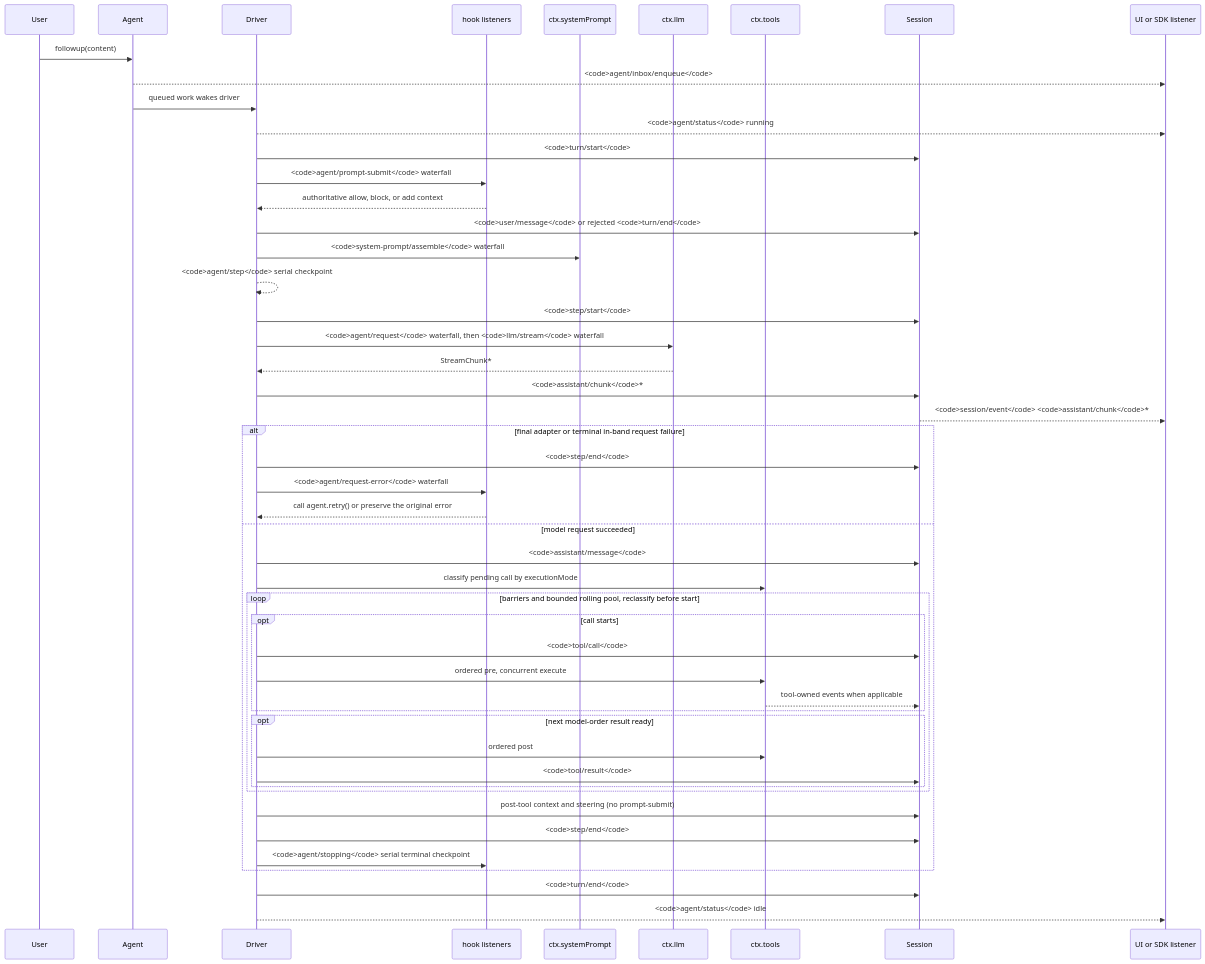
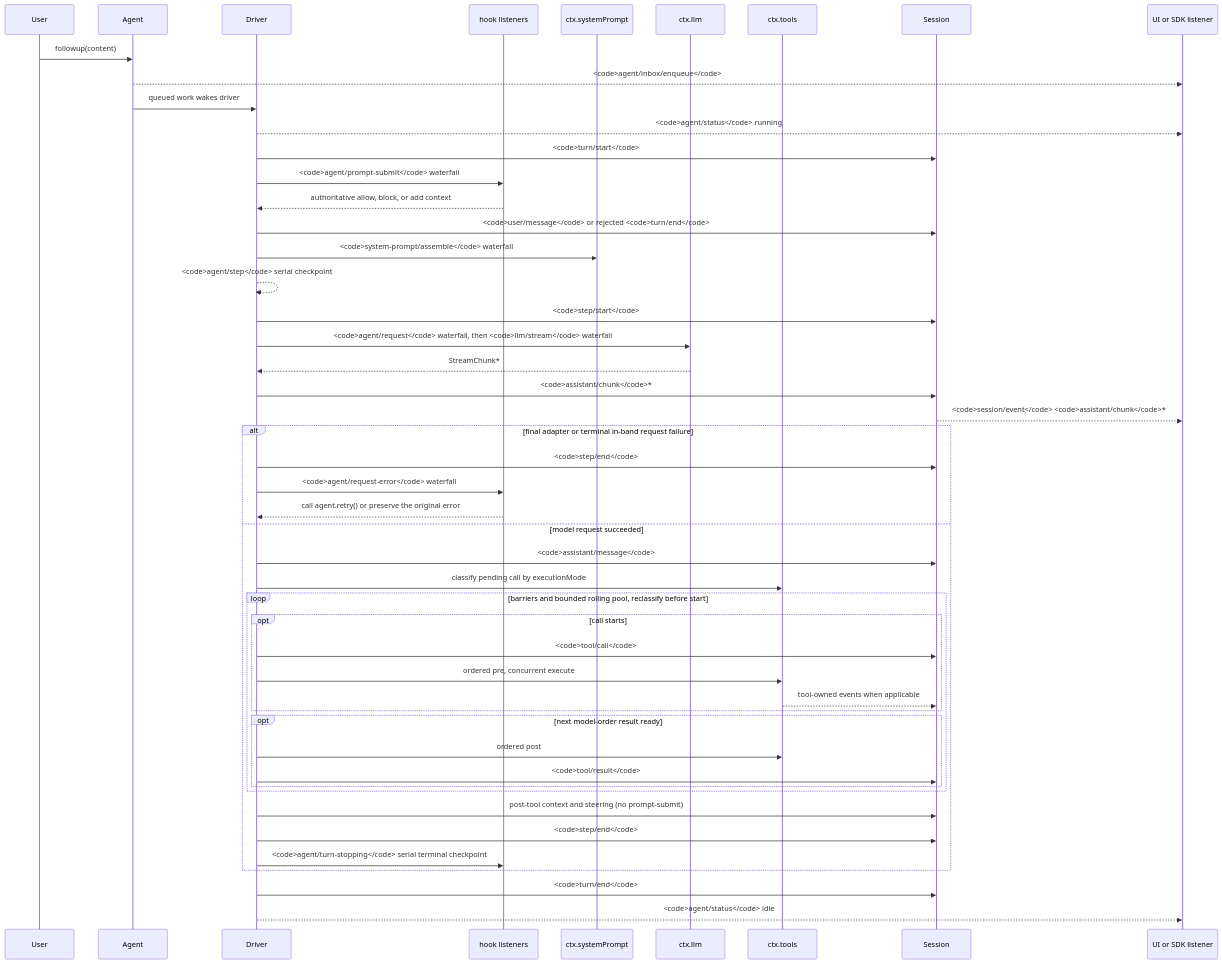
Before and after one commit to 007M7/DeepCode: the diagram in docs/agent-lifecycle.md, drawn with Mermaid. The commit also changed 66 other files, not shown here.

Commit message:
refactor(agent): clarify turn lifecycle event names

````diff
--- a/docs/agent-lifecycle.md
+++ b/docs/agent-lifecycle.md
@@ -8,51 +8,51 @@
 ```mermaid
 sequenceDiagram
   participant User
   participant Agent
   participant Driver
   participant Hooks as hook listeners
   participant Prompt as ctx.systemPrompt
   participant LLM as ctx.llm
   participant Tools as ctx.tools
   participant Session
   participant SDK as UI or SDK listener
   User->>Agent: followup(content)
   Agent-->>SDK: <code>agent/inbox/enqueue</code>
   Agent->>Driver: queued work wakes driver
   Driver-->>SDK: <code>agent/status</code> running
   Driver->>Session: <code>turn/start</code>
   Driver->>Hooks: <code>agent/prompt-submit</code> waterfall
   Hooks-->>Driver: authoritative allow, block, or add context
   Driver->>Session: <code>user/message</code> or rejected <code>turn/end</code>
   Driver->>Prompt: <code>system-prompt/assemble</code> waterfall
   Driver-->>Driver: <code>agent/step</code> serial checkpoint
   Driver->>Session: <code>step/start</code>
   Driver->>LLM: <code>agent/request</code> waterfall, then <code>llm/stream</code> waterfall
   LLM-->>Driver: StreamChunk*
   Driver->>Session: <code>assistant/chunk</code>*
   Session-->>SDK: <code>session/event</code> <code>assistant/chunk</code>*
   alt final adapter or terminal in-band request failure
     Driver->>Session: <code>step/end</code>
     Driver->>Hooks: <code>agent/request-error</code> waterfall
     Hooks-->>Driver: call agent.retry() or preserve the original error
   else model request succeeded
   Driver->>Session: <code>assistant/message</code>
   Driver->>Tools: classify pending call by executionMode
   loop barriers and bounded rolling pool, reclassify before start
     opt call starts
       Driver->>Session: <code>tool/call</code>
       Driver->>Tools: ordered pre, concurrent execute
       Tools-->>Session: tool-owned events when applicable
     end
     opt next model-order result ready
       Driver->>Tools: ordered post
       Driver->>Session: <code>tool/result</code>
     end
   end
   Driver->>Session: post-tool context and steering (no prompt-submit)
   Driver->>Session: <code>step/end</code>
-  Driver->>Hooks: <code>agent/stopping</code> serial terminal checkpoint
+  Driver->>Hooks: <code>agent/turn-stopping</code> serial terminal checkpoint
   end
   Driver->>Session: <code>turn/end</code>
   Driver-->>SDK: <code>agent/status</code> idle
 ```
````
